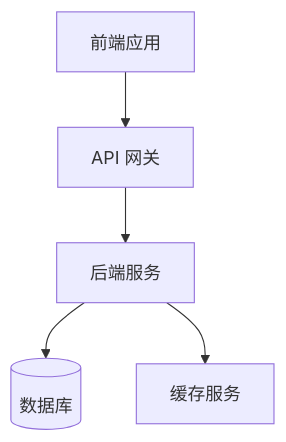
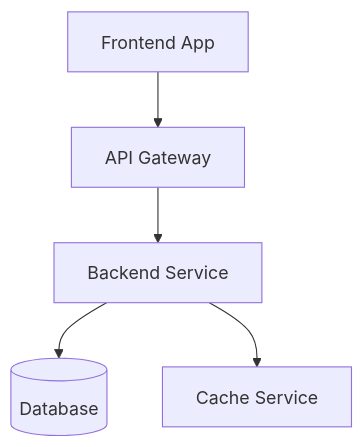
The first of 3 diagrams in reference/dev/dev-proposal-template.md (Deliay/zero-ash-cookbook), drawn with Mermaid before and after one commit. The commit also changed other lines of this file and 20 other files, not shown here.

````diff
--- a/reference/dev/dev-proposal-template.md
+++ b/reference/dev/dev-proposal-template.md
@@ -28,7 +28,7 @@
 ```mermaid
 graph TD
-    A[前端应用] --> B[API 网关]
-    B --> C[后端服务]
-    C --> D[(数据库)]
-    C --> E[缓存服务]
+    A[Frontend App] --> B[API Gateway]
+    B --> C[Backend Service]
+    C --> D[(Database)]
+    C --> E[Cache Service]
 ```
````
